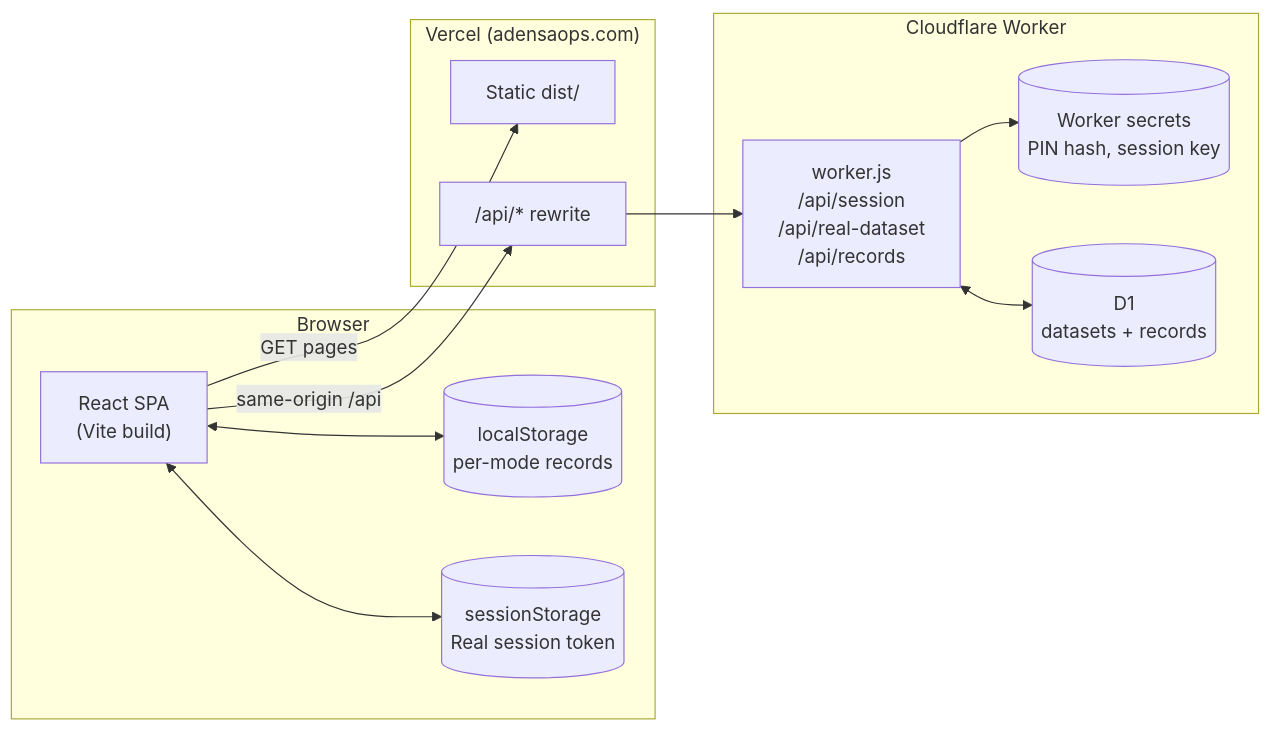
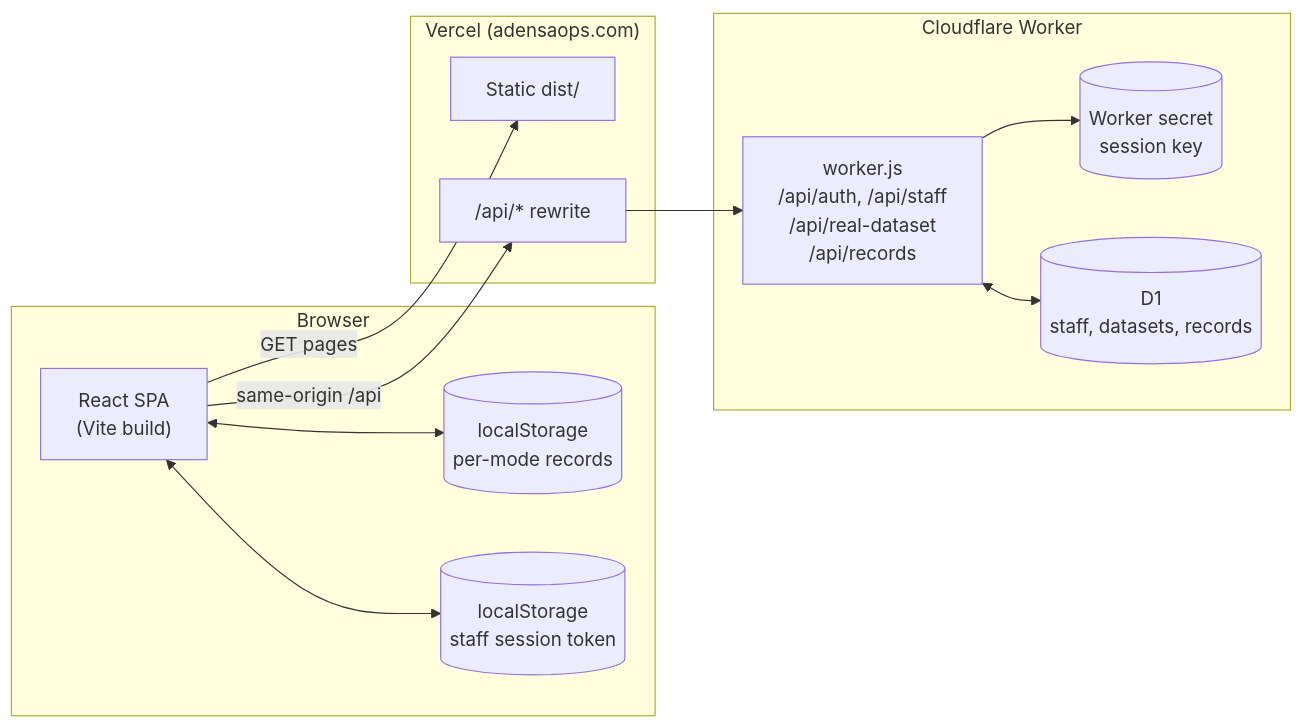
Before and after one commit to Selaseyjr/adensa-ops: the diagram in README.md, drawn with Mermaid. The commit also changed other lines of this file and 31 other files, not shown here.

First line of the commit message:
Replace the app-edition PIN with staff accounts and three roles (#11)

````diff
--- a/README.md
+++ b/README.md
@@ -105,26 +108,26 @@
 ```mermaid
 flowchart LR
   subgraph Browser
     SPA["React SPA<br/>(Vite build)"]
     LS[("localStorage<br/>per-mode records")]
-    SS[("sessionStorage<br/>Real session token")]
+    SS[("localStorage<br/>staff session token")]
   end
 
   subgraph Vercel["Vercel (adensaops.com)"]
     Static["Static dist/"]
     Rewrite["/api/* rewrite"]
   end
 
   subgraph Cloudflare["Cloudflare Worker"]
-    API["worker.js<br/>/api/session<br/>/api/real-dataset<br/>/api/records"]
-    Secrets[("Worker secrets<br/>PIN hash, session key")]
-    D1[("D1<br/>datasets + records")]
+    API["worker.js<br/>/api/auth, /api/staff<br/>/api/real-dataset<br/>/api/records"]
+    Secrets[("Worker secret<br/>session key")]
+    D1[("D1<br/>staff, datasets, records")]
   end
 
   SPA -- "GET pages" --> Static
   SPA -- "same-origin /api" --> Rewrite --> API
   SPA <--> LS
   SPA <--> SS
   API --> Secrets
   API <--> D1
 ```
````
